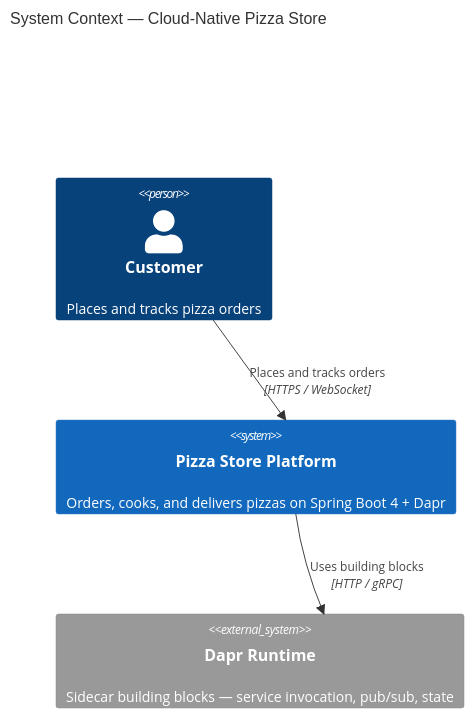
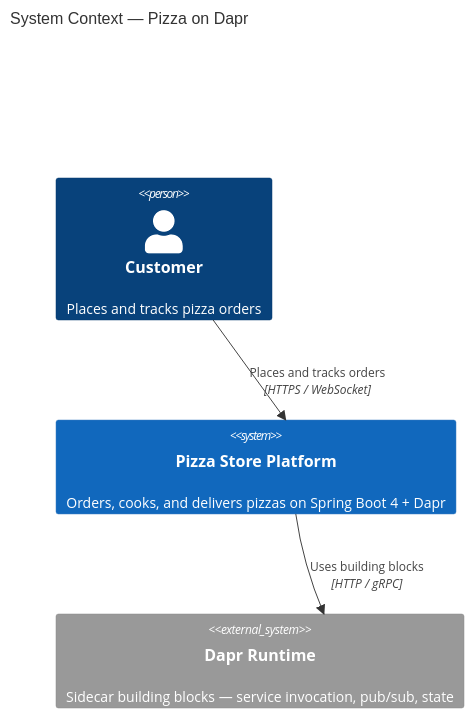
The first of 3 diagrams in README.md (AndriyKalashnykov/dapr-java), drawn with Mermaid before and after one commit. The commit also changed other lines of this file and 11 other files, not shown here.

````diff
--- a/README.md
+++ b/README.md
@@ -12,13 +12,13 @@
 ```mermaid
 C4Context
-  title System Context — Cloud-Native Pizza Store
+  title System Context — Pizza on Dapr
 
   Person(customer, "Customer", "Places and tracks pizza orders")
   System(pizza, "Pizza Store Platform", "Orders, cooks, and delivers pizzas on Spring Boot 4 + Dapr")
   System_Ext(dapr, "Dapr Runtime", "Sidecar building blocks — service invocation, pub/sub, state")
 
   Rel(customer, pizza, "Places and tracks orders", "HTTPS / WebSocket")
   Rel(pizza, dapr, "Uses building blocks", "HTTP / gRPC")
 
   UpdateLayoutConfig($c4ShapeInRow="3")
 ```
````
